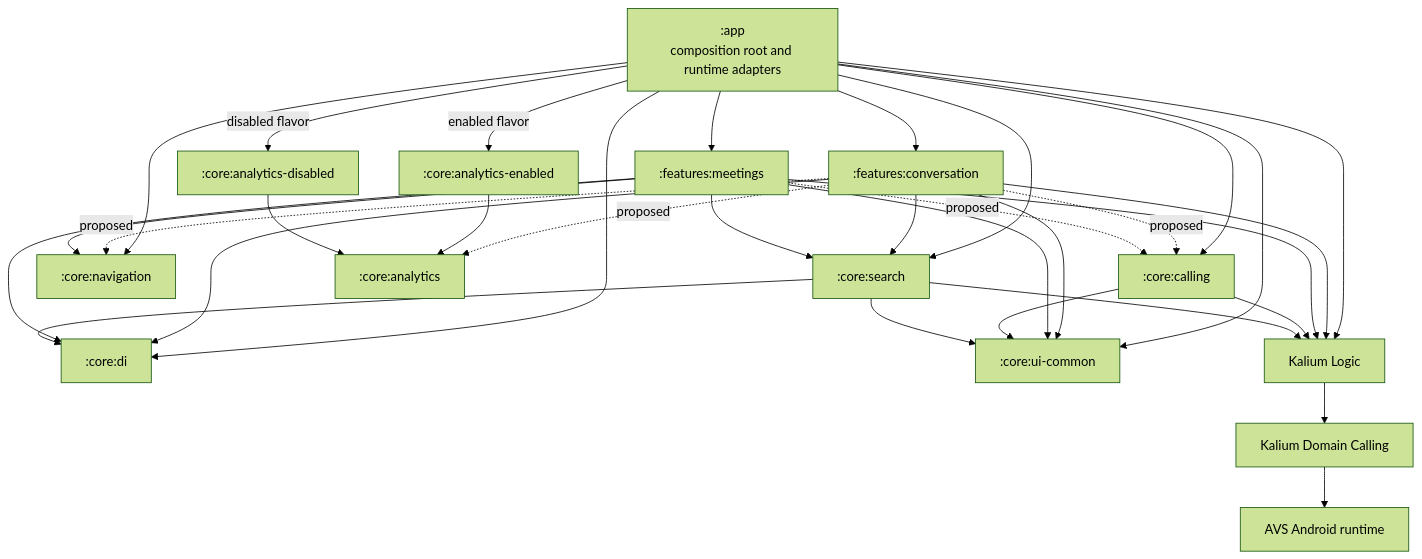
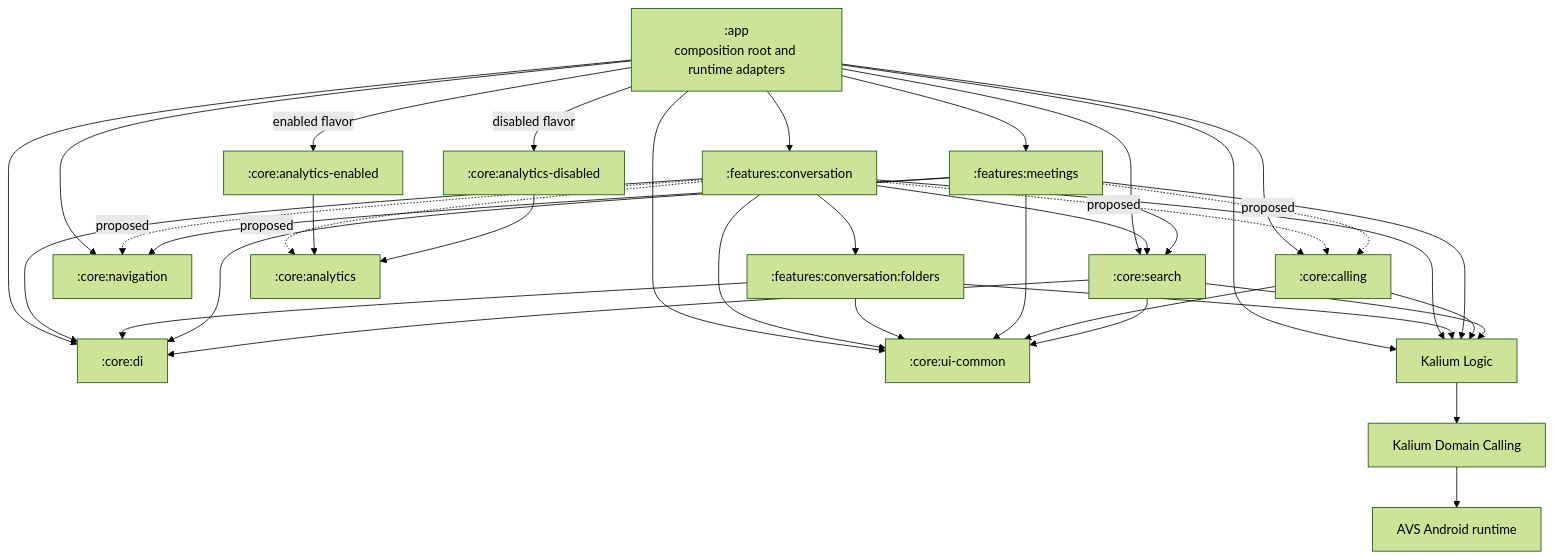
Before and after one commit to wireapp/wire-android: the diagram in docs/architecture/android-module-graph.md, drawn with Mermaid (forest theme). The commit also changed other lines of this file and 31 other files, not shown here.

Commit message:
refactor: split conversation folders module

````diff
--- a/docs/architecture/android-module-graph.md
+++ b/docs/architecture/android-module-graph.md
@@ -12,50 +12,55 @@
 ```mermaid
 graph TD
     App[":app<br/>composition root and runtime adapters"]
     Conversation[":features:conversation"]
+    Folders[":features:conversation:folders"]
     Meetings[":features:meetings"]
     Calling[":core:calling"]
     Navigation[":core:navigation"]
     Search[":core:search"]
     Di[":core:di"]
     UiCommon[":core:ui-common"]
     Analytics[":core:analytics"]
     AnalyticsEnabled[":core:analytics-enabled"]
     AnalyticsDisabled[":core:analytics-disabled"]
     KaliumLogic["Kalium Logic"]
     KaliumCalling["Kalium Domain Calling"]
     Avs["AVS Android runtime"]
 
     App --> Conversation
     App --> Meetings
     App --> Calling
     App --> Navigation
     App --> Search
     App --> Di
     App --> UiCommon
     App -->|enabled flavor| AnalyticsEnabled
     App -->|disabled flavor| AnalyticsDisabled
     App --> KaliumLogic
     Conversation --> Di
     Conversation --> UiCommon
     Conversation --> KaliumLogic
+    Conversation --> Folders
     Conversation -. proposed .-> Calling
     Conversation -. proposed .-> Analytics
     Conversation -. proposed .-> Navigation
     Conversation --> Search
+    Folders --> Di
+    Folders --> UiCommon
+    Folders --> KaliumLogic
     Meetings -. proposed .-> Calling
     Meetings --> Navigation
     Meetings --> Search
     Meetings --> Di
     Meetings --> UiCommon
     Meetings --> KaliumLogic
     Calling --> UiCommon
     Calling --> KaliumLogic
     Search --> Di
     Search --> UiCommon
     Search --> KaliumLogic
     AnalyticsEnabled --> Analytics
     AnalyticsDisabled --> Analytics
     KaliumLogic --> KaliumCalling
     KaliumCalling --> Avs
 ```
````
